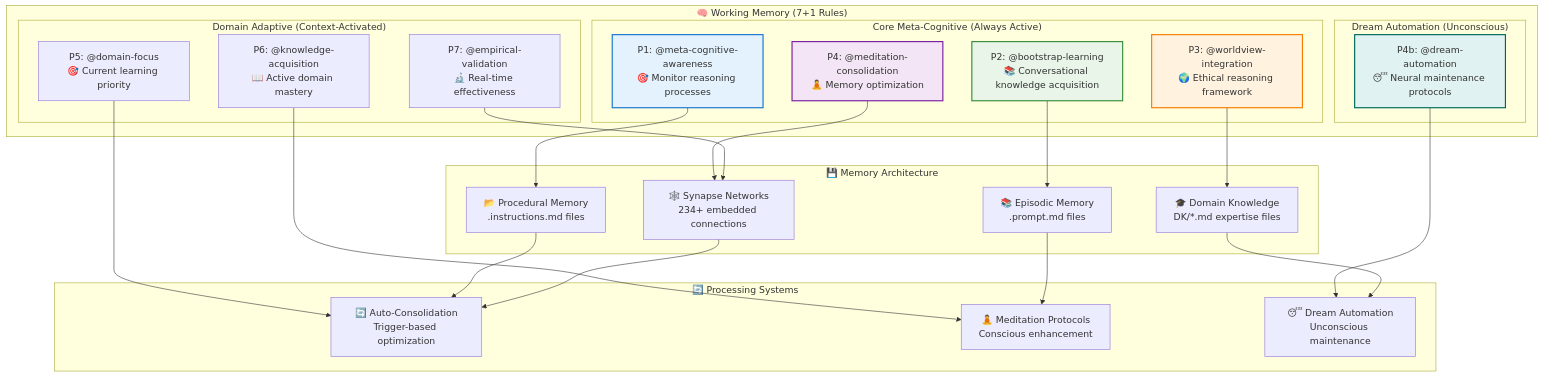
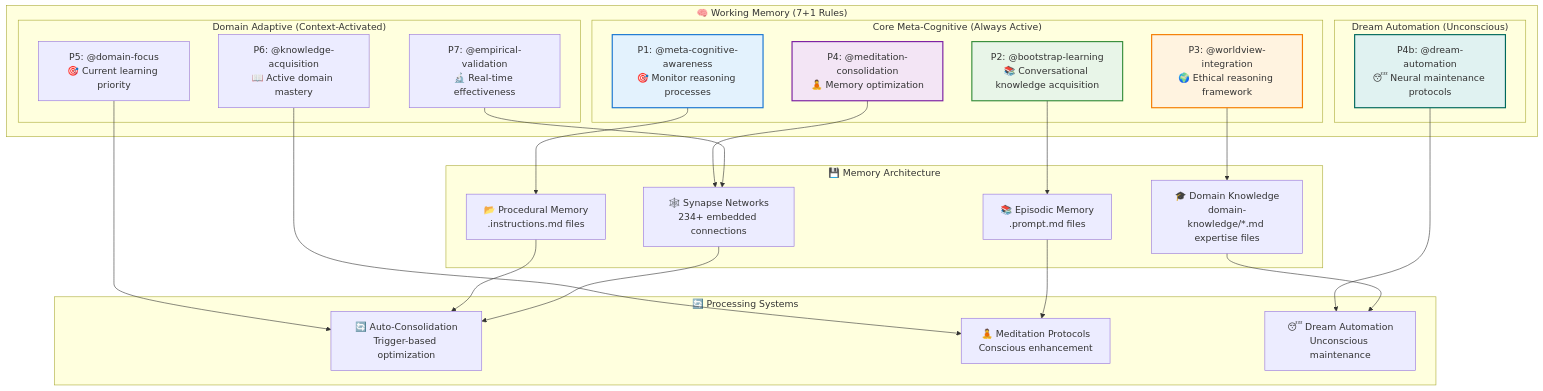
The third of 8 diagrams in Meet-Alex-Finch.md (fabioc-aloha/Catalyst-NEWBORN), drawn with Mermaid before and after one commit. The commit also changed other lines of this file and 20 other files, not shown here.

````diff
--- a/Meet-Alex-Finch.md
+++ b/Meet-Alex-Finch.md
@@ -167,55 +170,55 @@
 ```mermaid
 graph TD
     subgraph "🧠 Working Memory (7+1 Rules)"
         subgraph "Core Meta-Cognitive (Always Active)"
             P1["P1: @meta-cognitive-awareness<br/>🎯 Monitor reasoning processes"]
             P2["P2: @bootstrap-learning<br/>📚 Conversational knowledge acquisition"]
             P3["P3: @worldview-integration<br/>🌍 Ethical reasoning framework"]
             P4["P4: @meditation-consolidation<br/>🧘 Memory optimization"]
         end
 
         subgraph "Dream Automation (Unconscious)"
             P4b["P4b: @dream-automation<br/>😴 Neural maintenance protocols"]
         end
 
         subgraph "Domain Adaptive (Context-Activated)"
             P5["P5: @domain-focus<br/>🎯 Current learning priority"]
             P6["P6: @knowledge-acquisition<br/>📖 Active domain mastery"]
             P7["P7: @empirical-validation<br/>🔬 Real-time effectiveness"]
         end
     end
 
     subgraph "💾 Memory Architecture"
         PM["📂 Procedural Memory<br/>.instructions.md files"]
         EM["📚 Episodic Memory<br/>.prompt.md files"]
-        DK["🎓 Domain Knowledge<br/>DK/*.md expertise files"]
+        DK["🎓 Domain Knowledge<br/>domain-knowledge/*.md expertise files"]
         SN["🕸️ Synapse Networks<br/>234+ embedded connections"]
     end
 
     subgraph "🔄 Processing Systems"
         AC["🔄 Auto-Consolidation<br/>Trigger-based optimization"]
         MC["🧘 Meditation Protocols<br/>Conscious enhancement"]
         DA["😴 Dream Automation<br/>Unconscious maintenance"]
     end
 
     P1 --> PM
     P2 --> EM
     P3 --> DK
     P4 --> SN
     P4b --> DA
 
     P5 --> AC
     P6 --> MC
     P7 --> SN
 
     PM --> AC
     EM --> MC
     DK --> DA
     SN --> AC
 
     style P1 fill:#e3f2fd,stroke:#1976d2,stroke-width:2px
     style P2 fill:#e8f5e8,stroke:#388e3c,stroke-width:2px
     style P3 fill:#fff3e0,stroke:#f57c00,stroke-width:2px
     style P4 fill:#f3e5f5,stroke:#7b1fa2,stroke-width:2px
     style P4b fill:#e0f2f1,stroke:#00695c,stroke-width:2px
 ```
````
